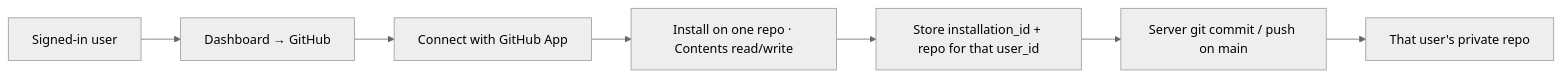
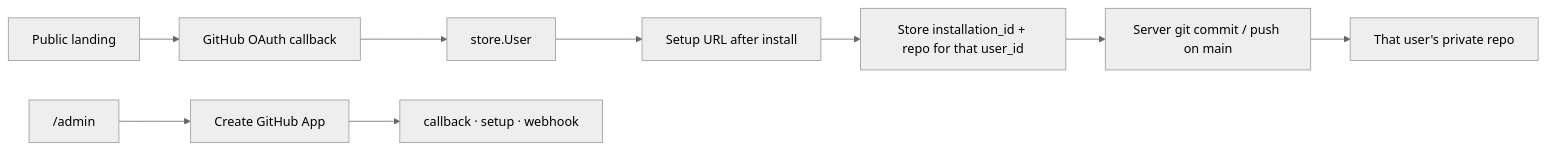
The fourth of 7 diagrams in README.md (shangeethsivan/Syncidian), drawn with Mermaid (neutral theme) before and after one commit. The commit also changed other lines of this file and 17 other files, not shown here.

First line of the commit message:
Add a public landing page and GitHub sign-in at /admin App URLs

````diff
--- a/README.md
+++ b/README.md
@@ -353,9 +370,11 @@
 ```mermaid
 flowchart LR
-  User["Signed-in user"] --> Dash["Dashboard → GitHub"]
-  Dash --> App["Connect with GitHub App"]
-  App --> Install["Install on one repo · Contents read/write"]
-  Install --> Map["Store installation_id + repo for that user_id"]
+  Land["Public landing"] --> OAuth["GitHub OAuth callback"]
+  OAuth --> User["store.User"]
+  Admin["/admin"] --> Manifest["Create GitHub App"]
+  Manifest --> URLs["callback · setup · webhook"]
+  User --> Setup["Setup URL after install"]
+  Setup --> Map["Store installation_id + repo for that user_id"]
   Map --> Git["Server git commit / push on main"]
   Git --> Repo["That user's private repo"]
 ```
````
